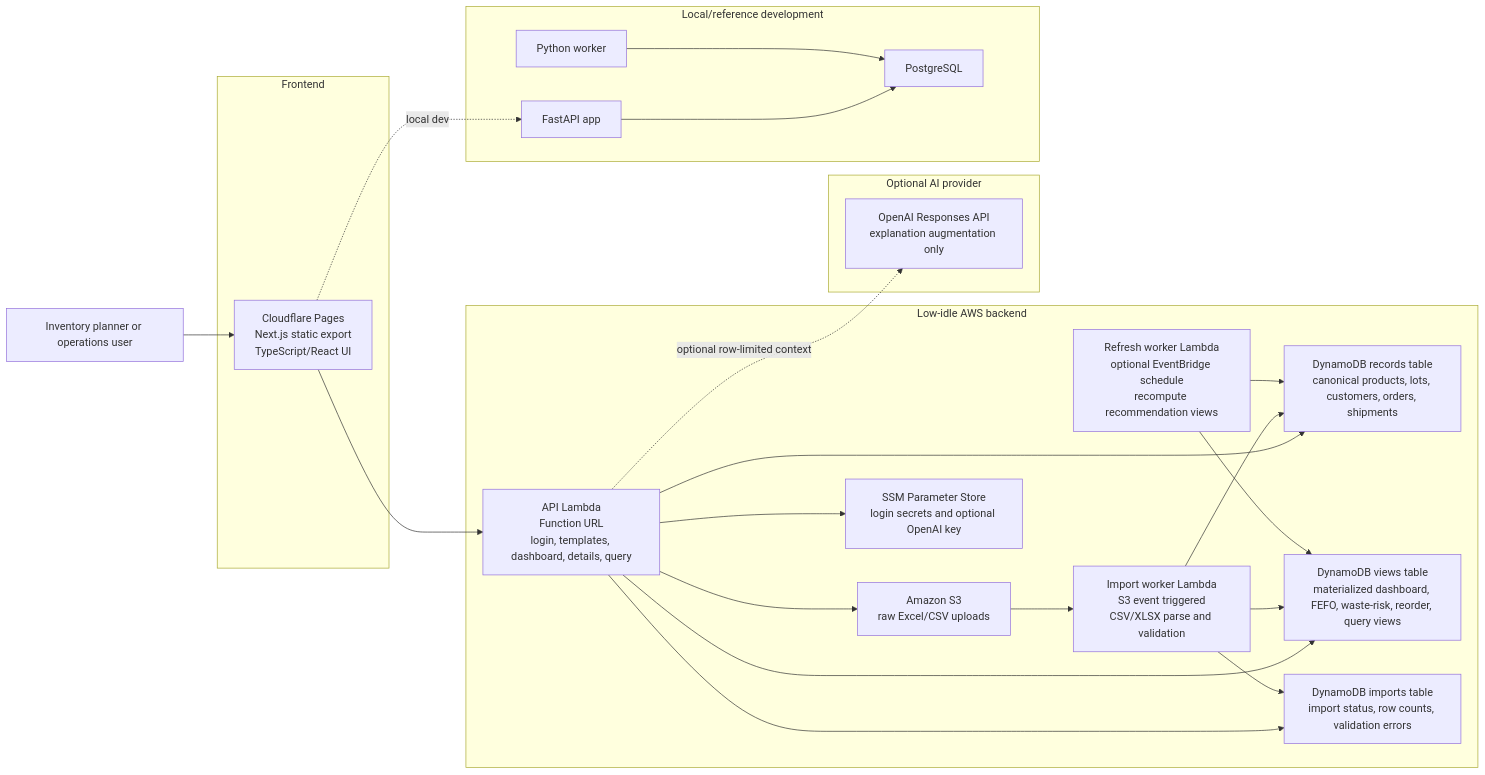
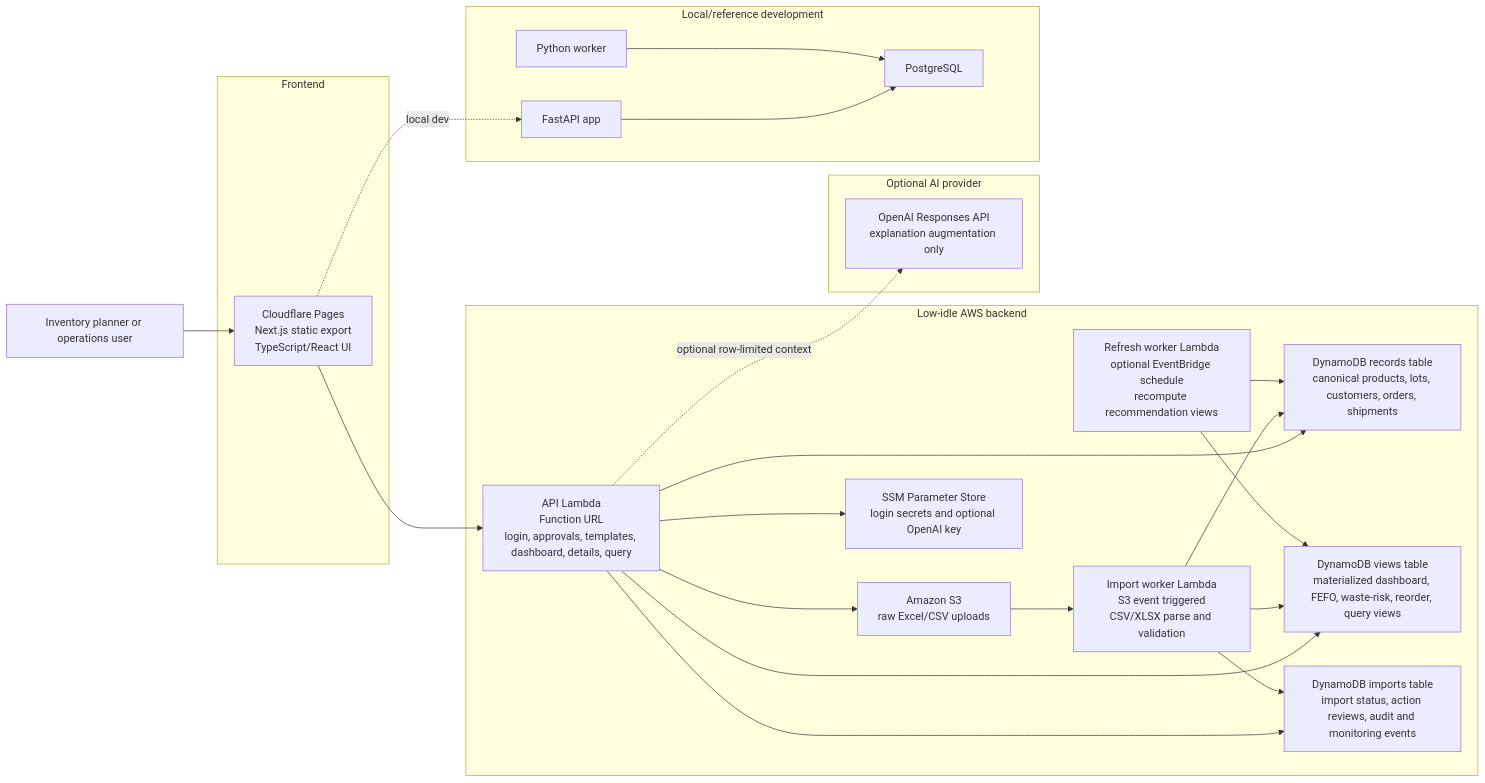
Before and after one commit to manynames3/ott-inventory-ai: the diagram in docs/architecture.md, drawn with Mermaid. The commit also changed other lines of this file and 55 other files, not shown here.

````diff
--- a/docs/architecture.md
+++ b/docs/architecture.md
@@ -12,48 +13,48 @@
 ```mermaid
 flowchart LR
   planner["Inventory planner or operations user"]
 
   subgraph edge["Frontend"]
     pages["Cloudflare Pages\nNext.js static export\nTypeScript/React UI"]
   end
 
   subgraph aws["Low-idle AWS backend"]
-    api["API Lambda\nFunction URL\nlogin, templates, dashboard, details, query"]
+    api["API Lambda\nFunction URL\nlogin, approvals, templates, dashboard, details, query"]
     importWorker["Import worker Lambda\nS3 event triggered\nCSV/XLSX parse and validation"]
     refreshWorker["Refresh worker Lambda\noptional EventBridge schedule\nrecompute recommendation views"]
     s3["Amazon S3\nraw Excel/CSV uploads"]
     records["DynamoDB records table\ncanonical products, lots, customers, orders, shipments"]
     views["DynamoDB views table\nmaterialized dashboard, FEFO, waste-risk, reorder, query views"]
-    imports["DynamoDB imports table\nimport status, row counts, validation errors"]
+    imports["DynamoDB imports table\nimport status, action reviews, audit and monitoring events"]
     ssm["SSM Parameter Store\nlogin secrets and optional OpenAI key"]
   end
 
   subgraph ai["Optional AI provider"]
     openai["OpenAI Responses API\nexplanation augmentation only"]
   end
 
   subgraph local["Local/reference development"]
     fastapi["FastAPI app"]
     postgres["PostgreSQL"]
     worker["Python worker"]
   end
 
   planner --> pages
   pages --> api
   api --> ssm
   api --> s3
   api --> records
   api --> views
   api --> imports
   api -. optional row-limited context .-> openai
   s3 --> importWorker
   importWorker --> records
   importWorker --> views
   importWorker --> imports
   refreshWorker --> records
   refreshWorker --> views
 
   pages -. local dev .-> fastapi
   fastapi --> postgres
   worker --> postgres
 ```
````
